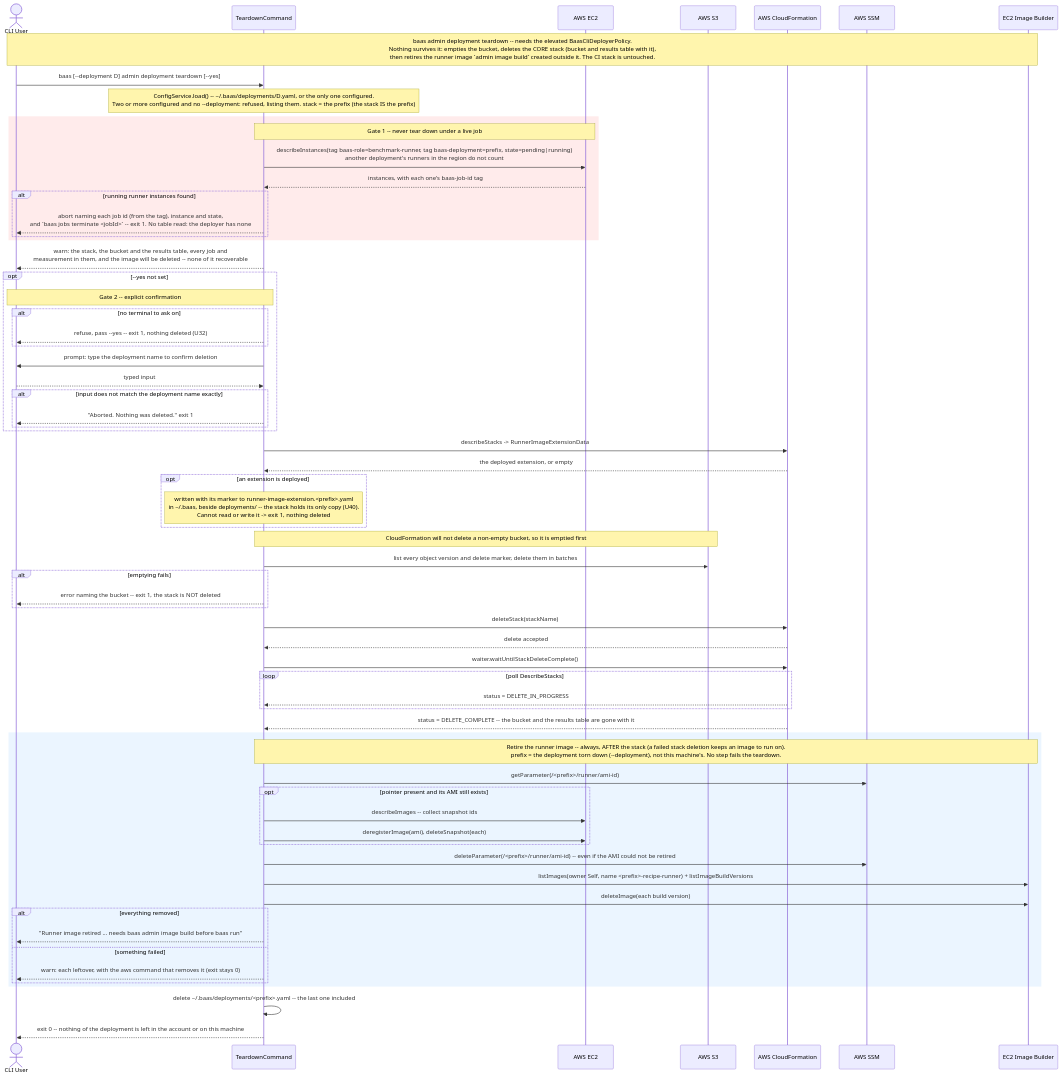
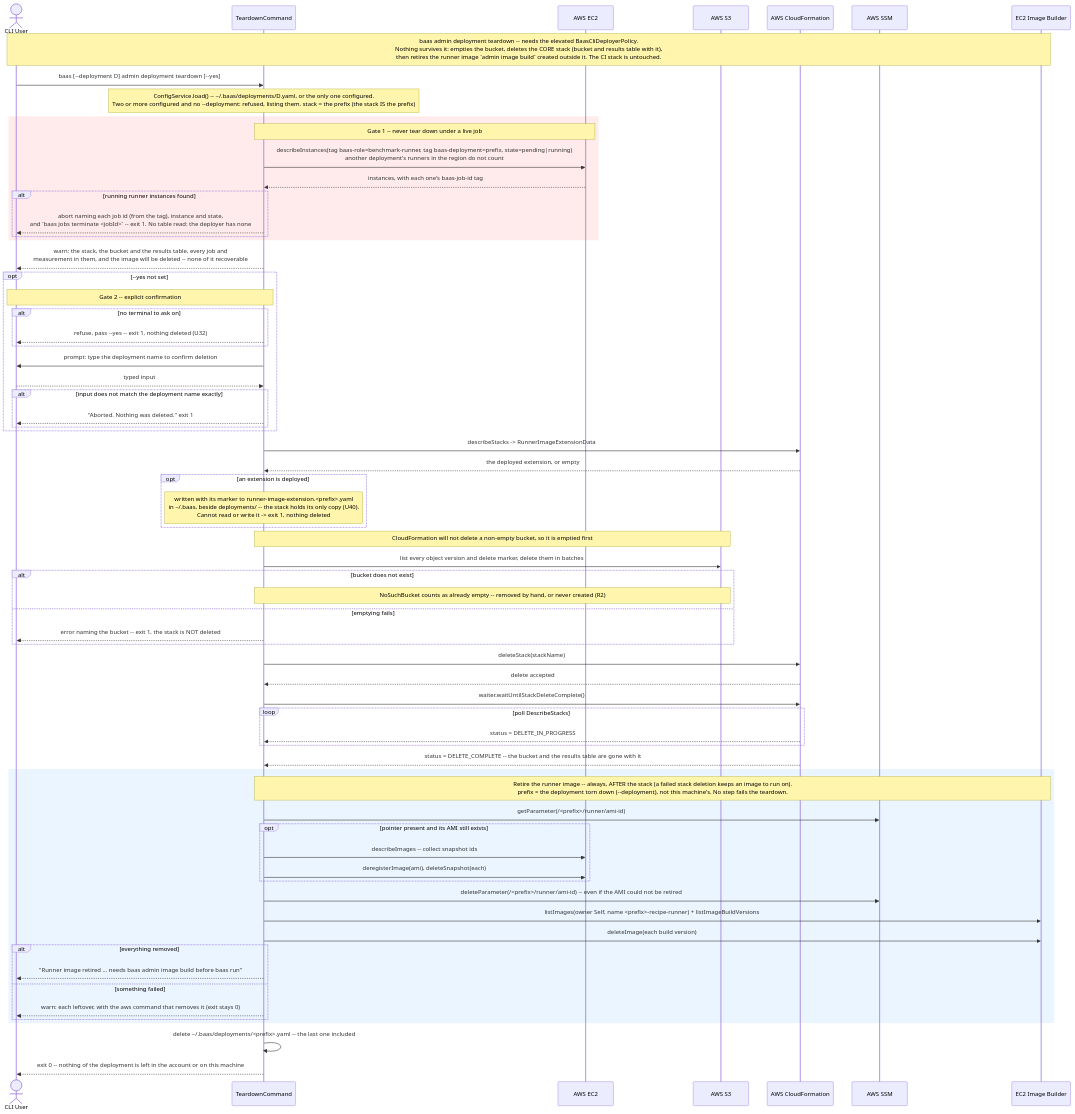
The diagram in docs/diagrams/baas-teardown.mmd (wsztajerowski/benchmark-as-a-service), drawn with Mermaid before and after one commit. The commit also changed 10 other files, not shown here.

First line of the commit message:
docs: record the PR #83 review fixes in CLAUDE.md, ADR 0003 and the diagrams

```diff
--- a/docs/diagrams/baas-teardown.mmd
+++ b/docs/diagrams/baas-teardown.mmd
@@ -1,74 +1,76 @@
 sequenceDiagram
     actor User as CLI User
     participant TD as TeardownCommand
     participant EC2 as AWS EC2
     participant S3 as AWS S3
     participant CF as AWS CloudFormation
     participant SSM as AWS SSM
     participant IB as EC2 Image Builder
 
     Note over User,IB: baas admin deployment teardown -- needs the elevated BaasCliDeployerPolicy.<br/>Nothing survives it: empties the bucket, deletes the CORE stack (bucket and results table with it),<br/>then retires the runner image `admin image build` created outside it. The CI stack is untouched.
     User->>TD: baas [--deployment D] admin deployment teardown [--yes]
     Note over TD: ConfigService.load() -- ~/.baas/deployments/D.yaml, or the only one configured.<br/>Two or more configured and no --deployment: refused, listing them. stack = the prefix (the stack IS the prefix)
 
     rect rgb(255, 235, 235)
         Note over TD,EC2: Gate 1 -- never tear down under a live job
         TD->>EC2: describeInstances(tag baas-role=benchmark-runner, tag baas-deployment=prefix, state=pending|running)<br/>another deployment's runners in the region do not count
         EC2-->>TD: instances, with each one's baas-job-id tag
         alt running runner instances found
             TD-->>User: abort naming each job id (from the tag), instance and state,<br/>and `baas jobs terminate <jobId>` -- exit 1. No table read: the deployer has none
         end
     end
 
     TD-->>User: warn: the stack, the bucket and the results table, every job and<br/>measurement in them, and the image will be deleted -- none of it recoverable
     opt --yes not set
         Note over TD,User: Gate 2 -- explicit confirmation
         alt no terminal to ask on
             TD-->>User: refuse, pass --yes -- exit 1, nothing deleted (U32)
         end
         TD->>User: prompt: type the deployment name to confirm deletion
         User-->>TD: typed input
         alt input does not match the deployment name exactly
             TD-->>User: "Aborted. Nothing was deleted." exit 1
         end
     end
 
     TD->>CF: describeStacks -> RunnerImageExtensionData
     CF-->>TD: the deployed extension, or empty
     opt an extension is deployed
         Note over TD: written with its marker to runner-image-extension.<prefix>.yaml<br/>in ~/.baas, beside deployments/ -- the stack holds its only copy (U40).<br/>Cannot read or write it -> exit 1, nothing deleted
     end
 
     Note over TD,S3: CloudFormation will not delete a non-empty bucket, so it is emptied first
     TD->>S3: list every object version and delete marker, delete them in batches
-    alt emptying fails
+    alt bucket does not exist
+        Note over TD,S3: NoSuchBucket counts as already empty -- removed by hand, or never created (R2)
+    else emptying fails
         TD-->>User: error naming the bucket -- exit 1, the stack is NOT deleted
     end
 
     TD->>CF: deleteStack(stackName)
     CF-->>TD: delete accepted
     TD->>CF: waiter.waitUntilStackDeleteComplete()
     loop poll DescribeStacks
         CF-->>TD: status = DELETE_IN_PROGRESS
     end
     CF-->>TD: status = DELETE_COMPLETE -- the bucket and the results table are gone with it
 
     rect rgb(235, 245, 255)
         Note over TD,IB: Retire the runner image -- always, AFTER the stack (a failed stack deletion keeps an image to run on).<br/>prefix = the deployment torn down (--deployment), not this machine's. No step fails the teardown.
         TD->>SSM: getParameter(/<prefix>/runner/ami-id)
         opt pointer present and its AMI still exists
             TD->>EC2: describeImages -- collect snapshot ids
             TD->>EC2: deregisterImage(ami), deleteSnapshot(each)
         end
         TD->>SSM: deleteParameter(/<prefix>/runner/ami-id) -- even if the AMI could not be retired
         TD->>IB: listImages(owner Self, name <prefix>-recipe-runner) + listImageBuildVersions
         TD->>IB: deleteImage(each build version)
         alt everything removed
             TD-->>User: "Runner image retired ... needs baas admin image build before baas run"
         else something failed
             TD-->>User: warn: each leftover, with the aws command that removes it (exit stays 0)
         end
     end
 
     TD->>TD: delete ~/.baas/deployments/<prefix>.yaml -- the last one included
     TD-->>User: exit 0 -- nothing of the deployment is left in the account or on this machine
```
